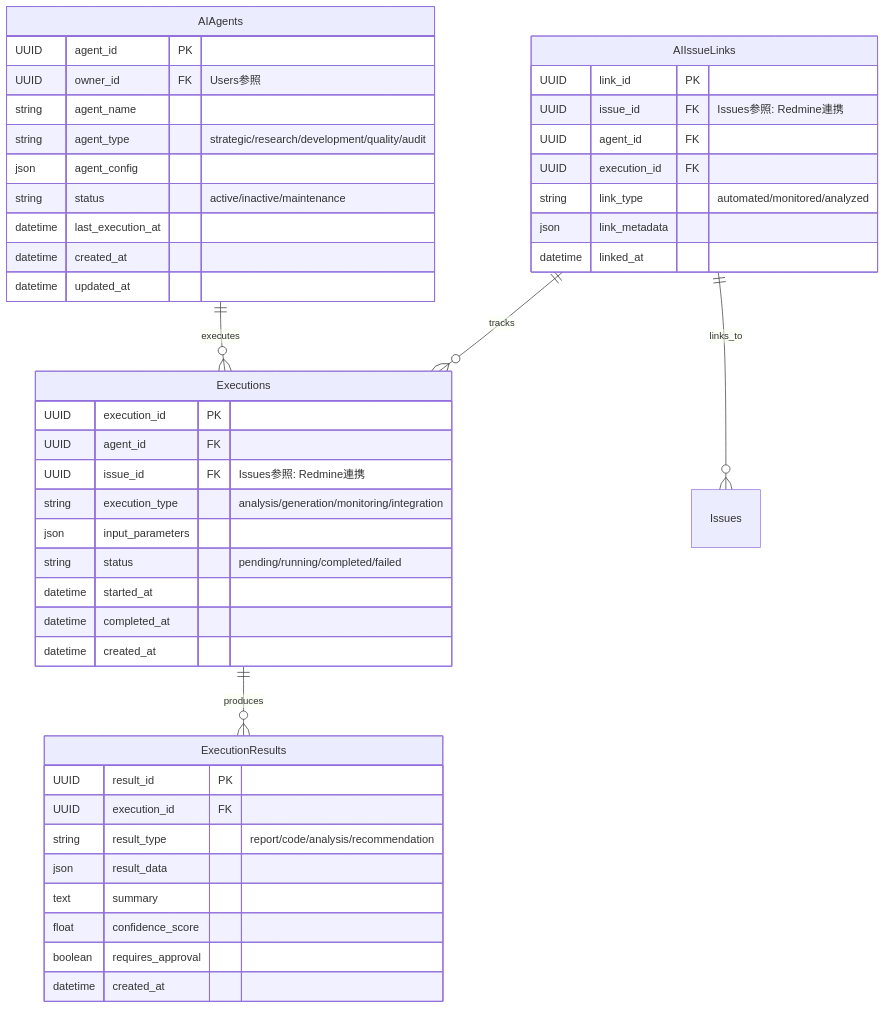
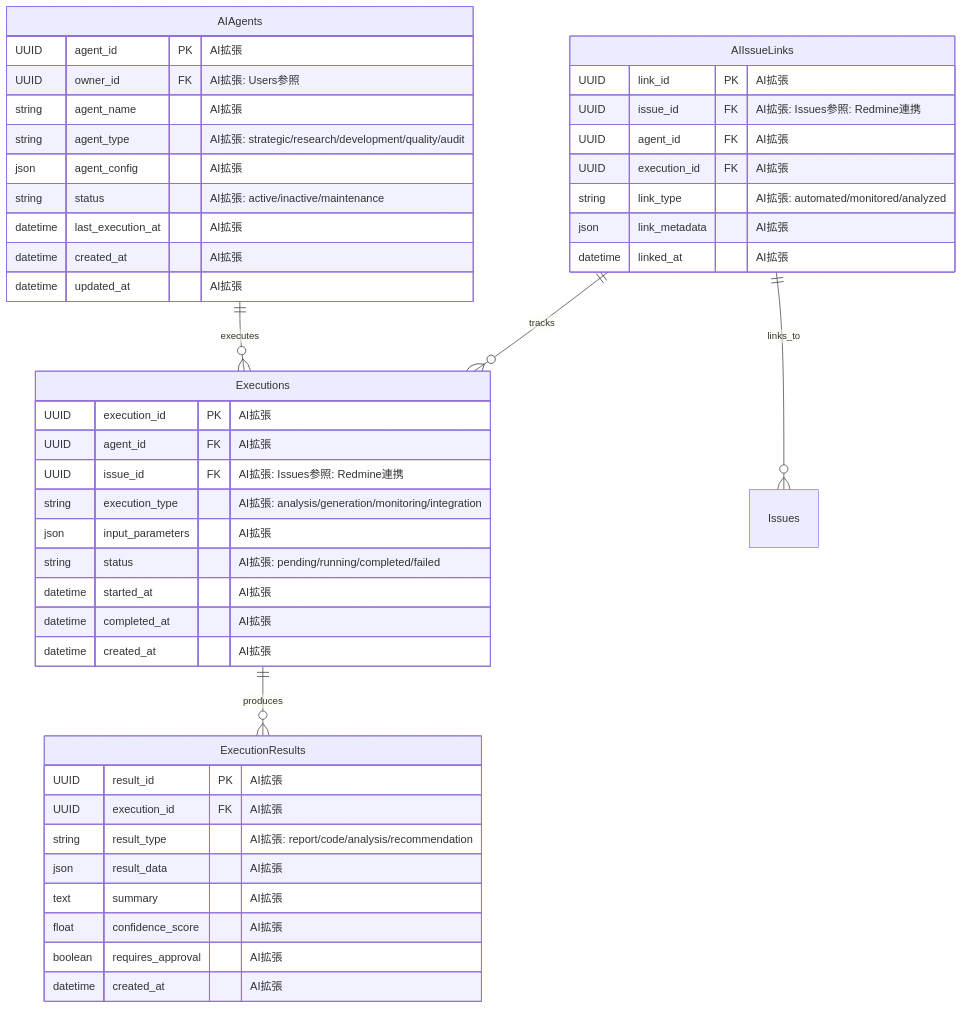
One commit to daichiTAAA/AgentOpsPlatform changed the eighth of 16 diagrams in docs/030000_設計/035000_データ設計/035010_ER図.md. Above: the diagram before and after it, drawn with Mermaid. The commit also changed other lines of this file, not shown here.

````diff
--- a/docs/030000_設計/035000_データ設計/035010_ER図.md
+++ b/docs/030000_設計/035000_データ設計/035010_ER図.md
@@ -514,52 +665,52 @@
 ```mermaid
 erDiagram
     AIAgents {
-        UUID agent_id PK
-        UUID owner_id FK "Users参照"
-        string agent_name
-        string agent_type "strategic/research/development/quality/audit"
-        json agent_config
-        string status "active/inactive/maintenance"
-        datetime last_execution_at
-        datetime created_at
-        datetime updated_at
+        UUID agent_id PK "AI拡張"
+        UUID owner_id FK "AI拡張: Users参照"
+        string agent_name "AI拡張"
+        string agent_type "AI拡張: strategic/research/development/quality/audit"
+        json agent_config "AI拡張"
+        string status "AI拡張: active/inactive/maintenance"
+        datetime last_execution_at "AI拡張"
+        datetime created_at "AI拡張"
+        datetime updated_at "AI拡張"
     }
     
     Executions {
-        UUID execution_id PK
-        UUID agent_id FK
-        UUID issue_id FK "Issues参照: Redmine連携"
-        string execution_type "analysis/generation/monitoring/integration"
-        json input_parameters
-        string status "pending/running/completed/failed"
-        datetime started_at
-        datetime completed_at
-        datetime created_at
+        UUID execution_id PK "AI拡張"
+        UUID agent_id FK "AI拡張"
+        UUID issue_id FK "AI拡張: Issues参照: Redmine連携"
+        string execution_type "AI拡張: analysis/generation/monitoring/integration"
+        json input_parameters "AI拡張"
+        string status "AI拡張: pending/running/completed/failed"
+        datetime started_at "AI拡張"
+        datetime completed_at "AI拡張"
+        datetime created_at "AI拡張"
     }
     
     ExecutionResults {
-        UUID result_id PK
-        UUID execution_id FK
-        string result_type "report/code/analysis/recommendation"
-        json result_data
-        text summary
-        float confidence_score
-        boolean requires_approval
-        datetime created_at
+        UUID result_id PK "AI拡張"
+        UUID execution_id FK "AI拡張"
+        string result_type "AI拡張: report/code/analysis/recommendation"
+        json result_data "AI拡張"
+        text summary "AI拡張"
+        float confidence_score "AI拡張"
+        boolean requires_approval "AI拡張"
+        datetime created_at "AI拡張"
     }
     
     AIIssueLinks {
-        UUID link_id PK
-        UUID issue_id FK "Issues参照: Redmine連携"
-        UUID agent_id FK
-        UUID execution_id FK
-        string link_type "automated/monitored/analyzed"
-        json link_metadata
-        datetime linked_at
+        UUID link_id PK "AI拡張"
+        UUID issue_id FK "AI拡張: Issues参照: Redmine連携"
+        UUID agent_id FK "AI拡張"
+        UUID execution_id FK "AI拡張"
+        string link_type "AI拡張: automated/monitored/analyzed"
+        json link_metadata "AI拡張"
+        datetime linked_at "AI拡張"
     }
     
     AIAgents ||--o{ Executions : executes
     Executions ||--o{ ExecutionResults : produces
     AIIssueLinks ||--o{ Issues : links_to
     AIIssueLinks ||--o{ Executions : tracks
 ```
````
